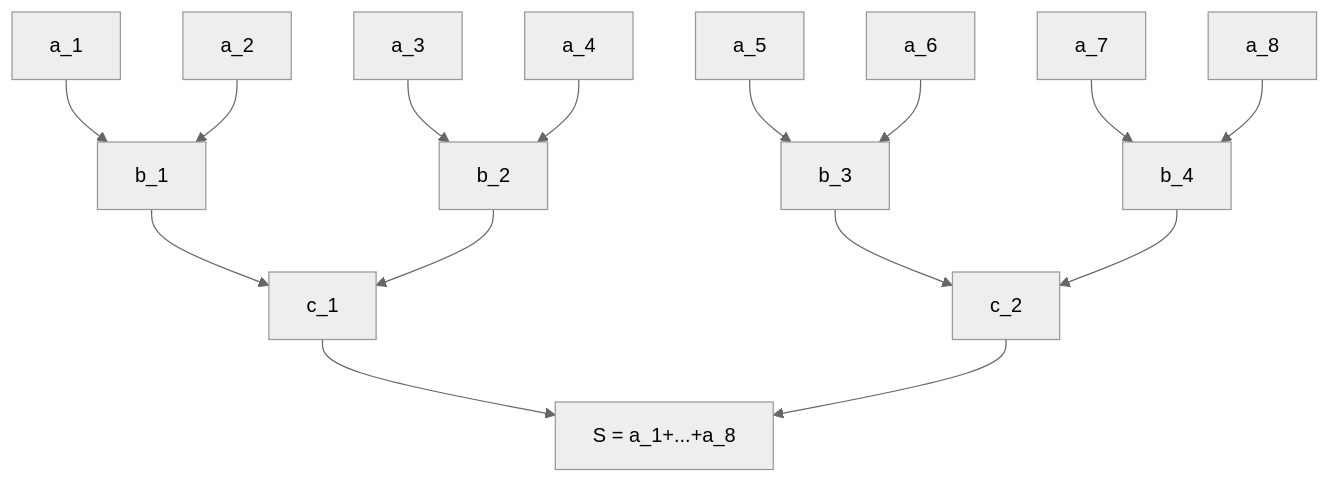
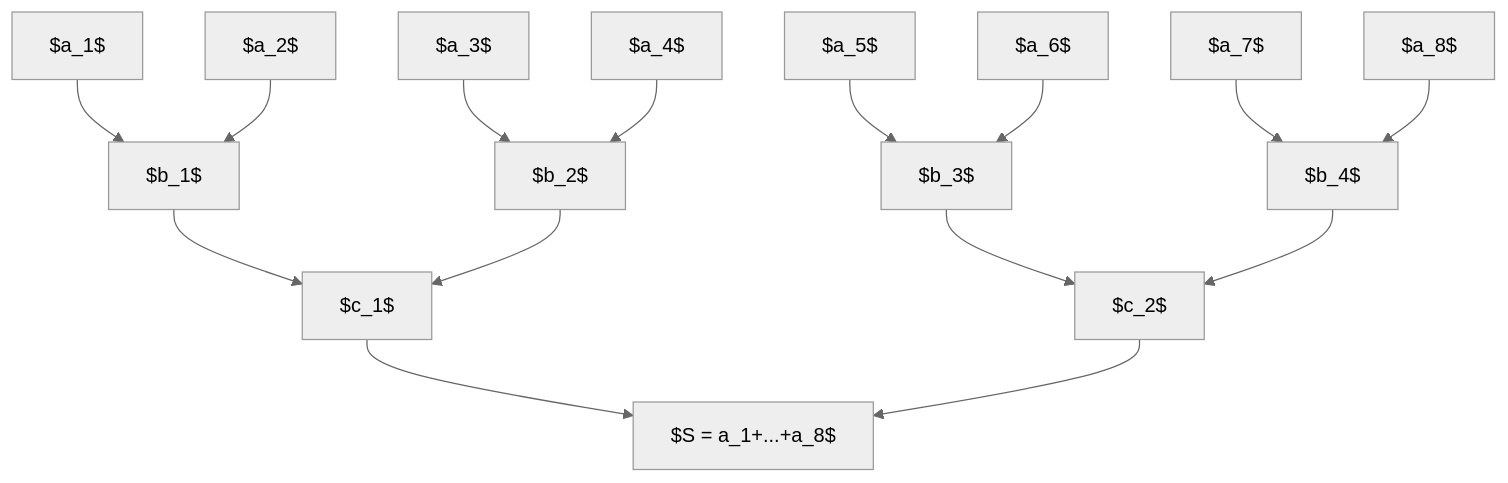
Before and after one commit to EtherealKasumi/personalpage: the first of 4 diagrams in notes/scientific_parallel_computing/02_parallel_algorithm_1.md, drawn with Mermaid (neutral theme). The commit also changed other lines of this file, not shown here.

````diff
--- a/notes/scientific_parallel_computing/02_parallel_algorithm_1.md
+++ b/notes/scientific_parallel_computing/02_parallel_algorithm_1.md
@@ -77,44 +77,44 @@
 ```mermaid
 graph TD
     %% 第一层（叶子节点）
-    a1["a_1"]
-    a2["a_2"]
-    a3["a_3"]
-    a4["a_4"]
-    a5["a_5"]
-    a6["a_6"]
-    a7["a_7"]
-    a8["a_8"]
+    a1["$a_1$"]
+    a2["$a_2$"]
+    a3["$a_3$"]
+    a4["$a_4$"]
+    a5["$a_5$"]
+    a6["$a_6$"]
+    a7["$a_7$"]
+    a8["$a_8$"]
 
     %% 第二层（b节点）
-    b1["b_1"]
-    b2["b_2"]
-    b3["b_3"]
-    b4["b_4"]
+    b1["$b_1$"]
+    b2["$b_2$"]
+    b3["$b_3$"]
+    b4["$b_4$"]
 
     %% 第三层（c节点）
-    c1["c_1"]
-    c2["c_2"]
+    c1["$c_1$"]
+    c2["$c_2$"]
 
     %% 第四层（根节点）
-    S["S = a_1+...+a_8"]
+    S["$S = a_1+...+a_8$"]
 
     %% 连接关系（严格对应原图）
     a1 --> b1
     a2 --> b1
     a3 --> b2
     a4 --> b2
     a5 --> b3
     a6 --> b3
     a7 --> b4
     a8 --> b4
 
     b1 --> c1
     b2 --> c1
     b3 --> c2
     b4 --> c2
 
     c1 --> S
     c2 --> S
 
 ```
````
